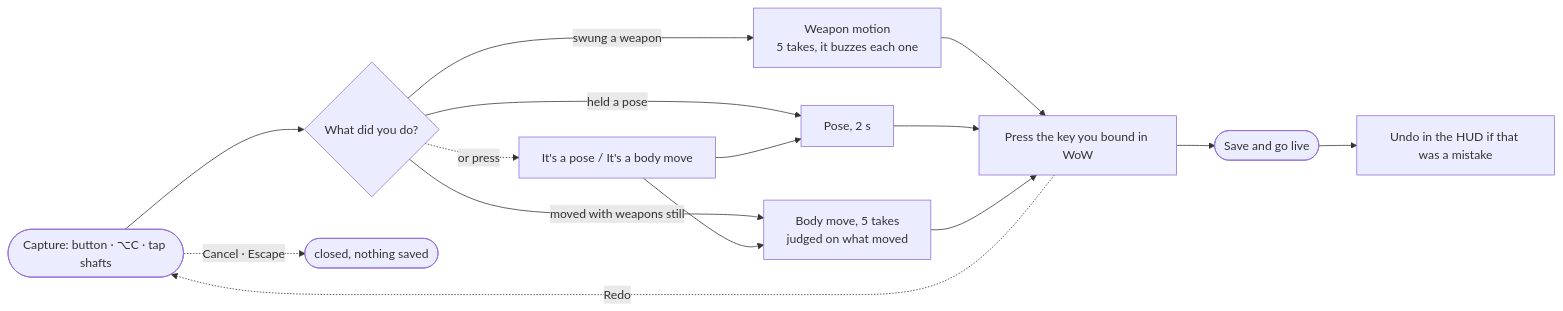
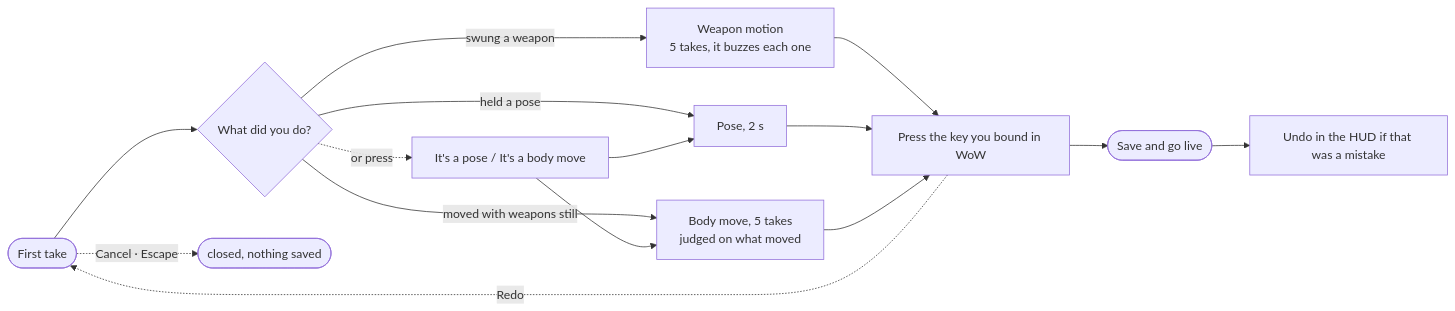
The fifth of 9 diagrams in docs/user-flows.md (Gordoburrito/mocap-wow), drawn with Mermaid before and after one commit. The commit also changed other lines of this file and 50 other files, not shown here.

````diff
--- a/docs/user-flows.md
+++ b/docs/user-flows.md
@@ -86,16 +109,16 @@
 ```mermaid
 flowchart LR
-    A([Capture: button · ⌥C · tap shafts]) --> B{What did you do?}
+    A([First take]) --> B{What did you do?}
     B -- swung a weapon --> M[Weapon motion<br/>5 takes, it buzzes each one]
     B -- held a pose --> P[Pose, 2 s]
     B -- moved with weapons still --> V[Body move, 5 takes<br/>judged on what moved]
     B -. or press .-> X[It's a pose / It's a body move]
     X --> P
     X --> V
     M --> K[Press the key you bound in WoW]
     P --> K
     V --> K
     K --> S([Save and go live]) --> U[Undo in the HUD if that was a mistake]
     A -. Cancel · Escape .-> Out([closed, nothing saved])
     K -. Redo .-> A
 ```
````
